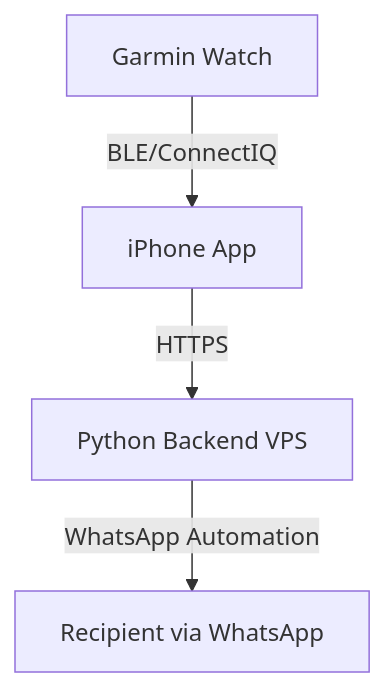
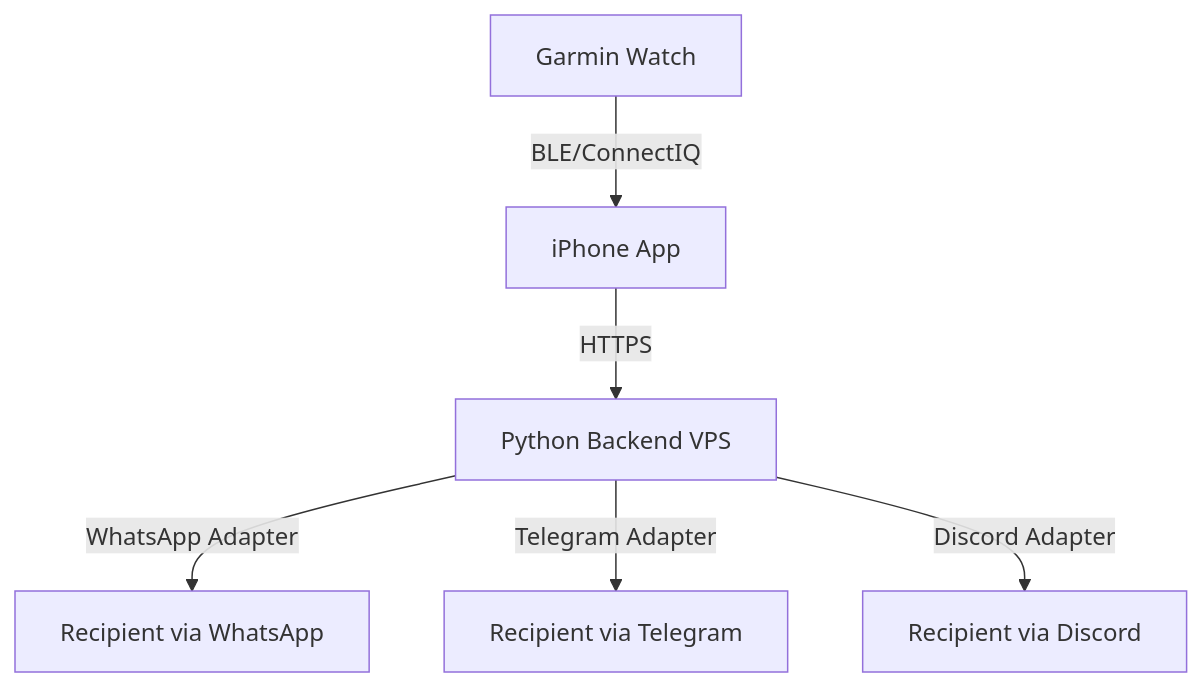
One commit to ItayBenben/Wrist2MSG changed the diagram in Architecture_Design.md. Above: the diagram before and after it, drawn with Mermaid. The commit also changed other lines of this file and 3 other files, not shown here.

Commit message:
Add support for Telegram and Discord messaging

````diff
--- a/Architecture_Design.md
+++ b/Architecture_Design.md
@@ -19,6 +19,8 @@
 ```mermaid
 graph TD
     A[Garmin Watch] -->|BLE/ConnectIQ| B[iPhone App]
     B -->|HTTPS| C[Python Backend VPS]
-    C -->|WhatsApp Automation| D[Recipient via WhatsApp]
+    C -->|WhatsApp Adapter| D[Recipient via WhatsApp]
+    C -->|Telegram Adapter| E[Recipient via Telegram]
+    C -->|Discord Adapter| F[Recipient via Discord]
 ```
````
